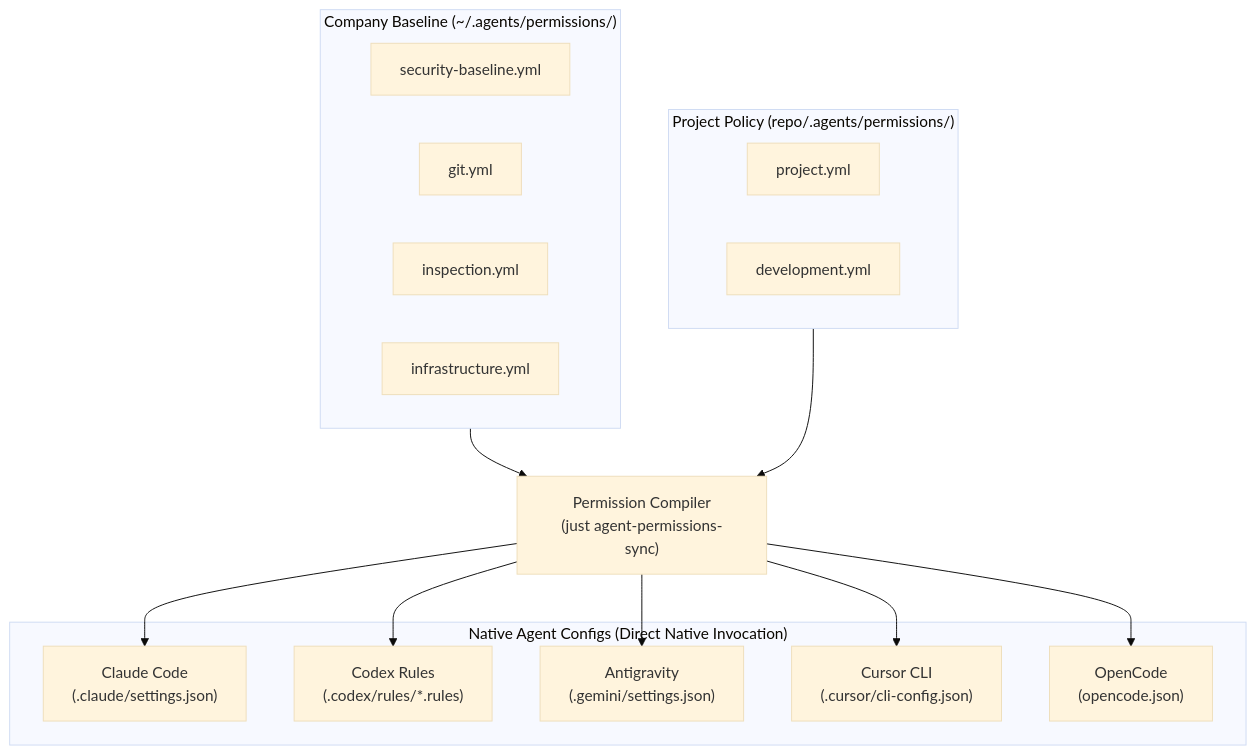
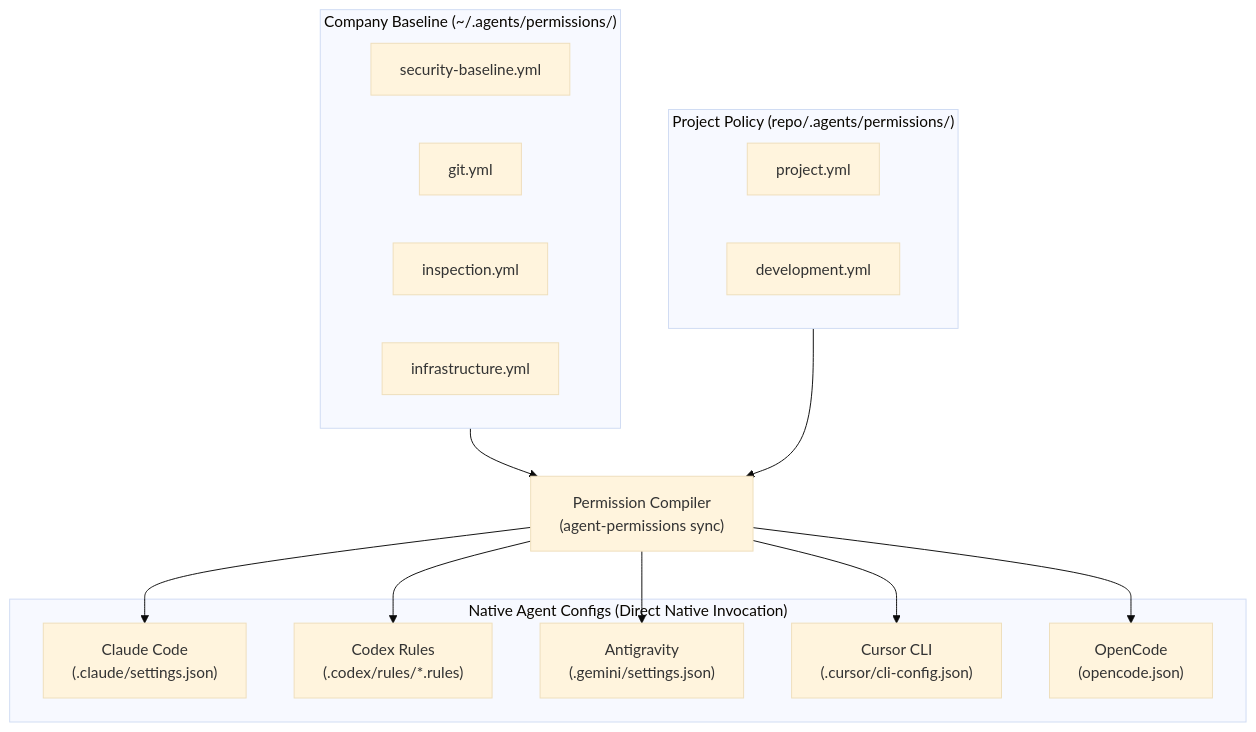
The first of 2 diagrams in .agents/permissions/README.md (klcd/agent-cli-permissions), drawn with Mermaid (base theme) before and after one commit. The commit also changed other lines of this file and 8 other files, not shown here.

Commit message:
feat: replace justfile with zero-dependency agent-permissions CLI and package.json

````diff
--- a/.agents/permissions/README.md
+++ b/.agents/permissions/README.md
@@ -7,33 +7,33 @@
 ```mermaid
 flowchart TD
     subgraph CompanyPolicy ["Company Baseline (~/.agents/permissions/)"]
         SecBase["security-baseline.yml"]
         GitRules["git.yml"]
         InspectRules["inspection.yml"]
         InfraRules["infrastructure.yml"]
     end
 
     subgraph ProjectPolicy ["Project Policy (repo/.agents/permissions/)"]
         ProjRules["project.yml"]
         DevRules["development.yml"]
     end
 
-    Compiler["Permission Compiler\n(just agent-permissions-sync)"]
+    Compiler["Permission Compiler\n(agent-permissions sync)"]
 
     CompanyPolicy --> Compiler
     ProjectPolicy --> Compiler
 
     subgraph NativeTargets ["Native Agent Configs (Direct Native Invocation)"]
         Claude["Claude Code\n(.claude/settings.json)"]
         Codex["Codex Rules\n(.codex/rules/*.rules)"]
         Antigravity["Antigravity\n(.gemini/settings.json)"]
         Cursor["Cursor CLI\n(.cursor/cli-config.json)"]
         OpenCode["OpenCode\n(opencode.json)"]
     end
 
     Compiler --> Claude
     Compiler --> Codex
     Compiler --> Antigravity
     Compiler --> Cursor
     Compiler --> OpenCode
 ```
````
